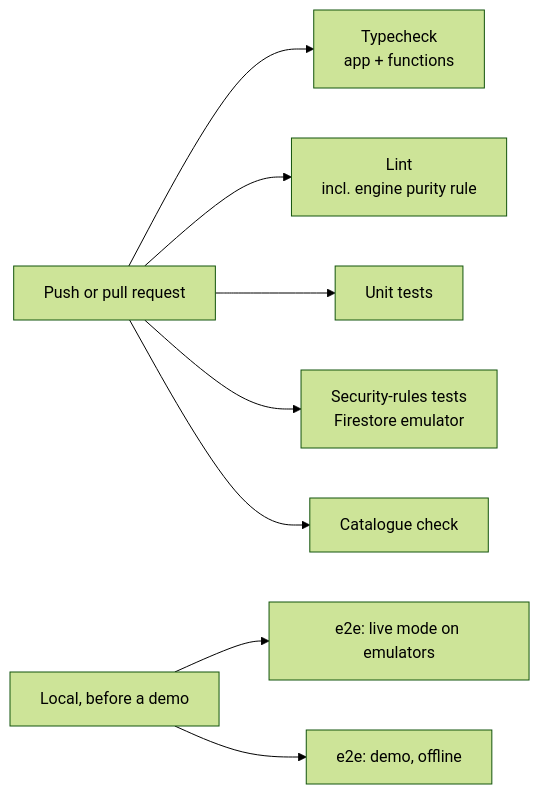
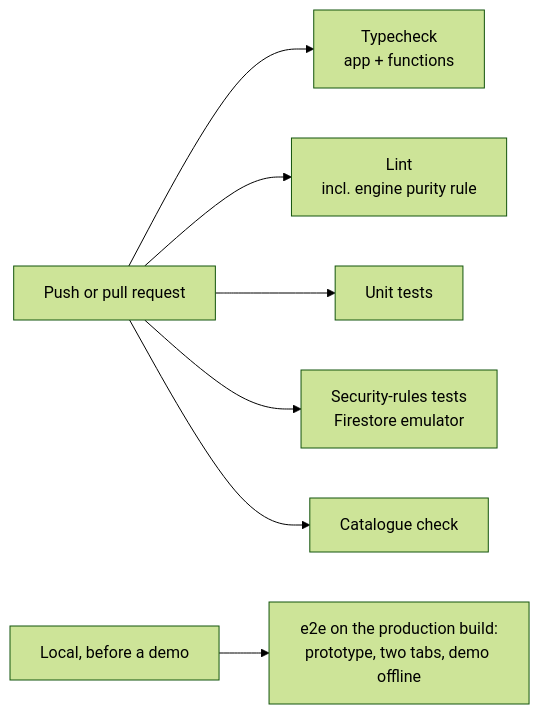
One commit to Asha0509/Clutch_MVP changed the fifth of 5 diagrams in README.md. Above: the diagram before and after it, drawn with Mermaid (forest theme). The commit also changed other lines of this file and 5 other files, not shown here.

First line of the commit message:
Update the README, demo script and video recording for the working prototype

````diff
--- a/README.md
+++ b/README.md
@@ -458,10 +478,9 @@
 ```mermaid
 flowchart LR
     P["Push or pull request"] --> T["Typecheck<br/>app + functions"]
     P --> L["Lint<br/>incl. engine purity rule"]
     P --> U["Unit tests"]
     P --> R["Security-rules tests<br/>Firestore emulator"]
     P --> C["Catalogue check"]
-    LOC["Local, before a demo"] --> E["e2e: live mode on emulators"]
-    LOC --> DM["e2e: demo, offline"]
+    LOC["Local, before a demo"] --> E["e2e on the production build:<br/>prototype, two tabs, demo offline"]
 ```
````
